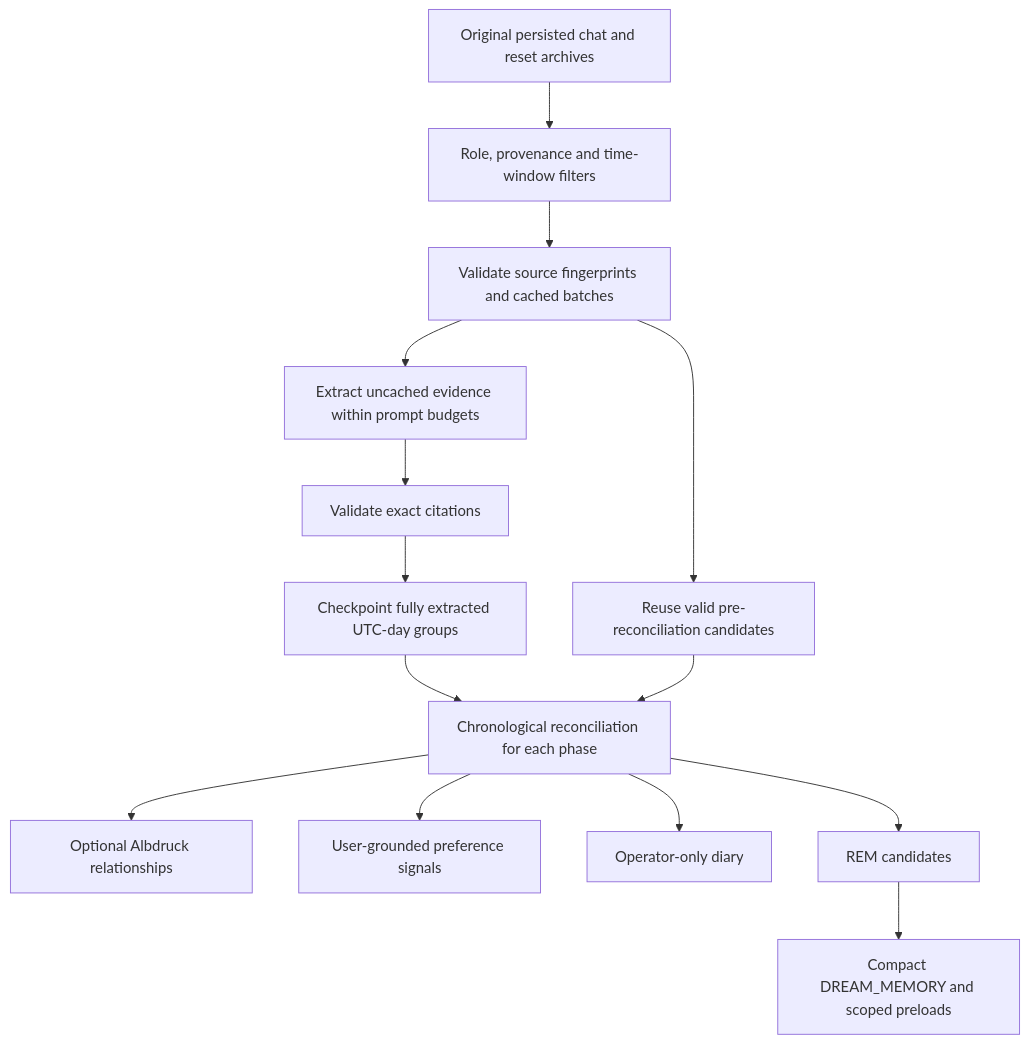
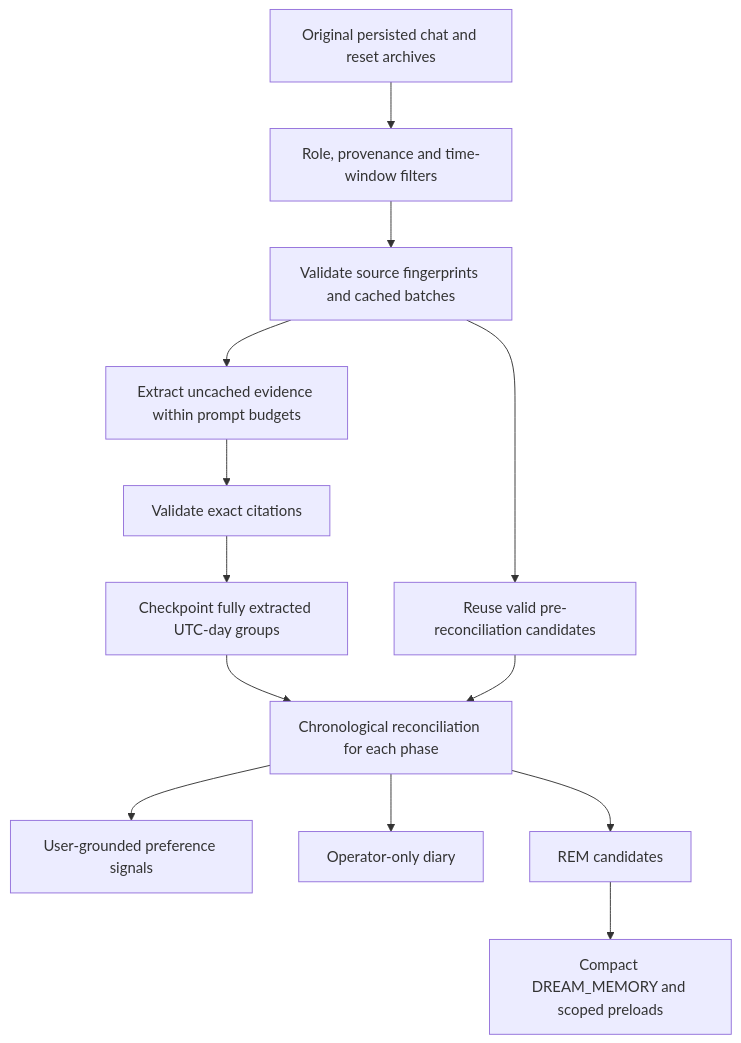
Before and after one commit to NightShaman/Burrow: the diagram in docs/concepts/dreams.md, drawn with Mermaid. The commit also changed other lines of this file and 35 other files, not shown here.

````diff
--- a/docs/concepts/dreams.md
+++ b/docs/concepts/dreams.md
@@ -29,16 +31,15 @@
 ```mermaid
 flowchart TB
     Originals[Original persisted chat and reset archives] --> Boundary[Role, provenance and time-window filters]
     Boundary --> Check[Validate source fingerprints and cached batches]
     Check --> Missing[Extract uncached evidence within prompt budgets]
     Missing --> Cite[Validate exact citations]
     Cite --> Days[Checkpoint fully extracted UTC-day groups]
     Check --> Cached[Reuse valid pre-reconciliation candidates]
     Days --> Reconcile[Chronological reconciliation for each phase]
     Cached --> Reconcile
-    Reconcile --> Knowledge[Optional Albdruck relationships]
     Reconcile --> Preferences[User-grounded preference signals]
     Reconcile --> Diary[Operator-only diary]
     Reconcile --> REM[REM candidates]
     REM --> Profile[Compact DREAM_MEMORY and scoped preloads]
 ```
````
